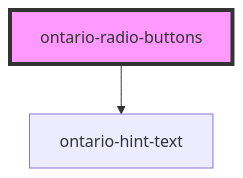
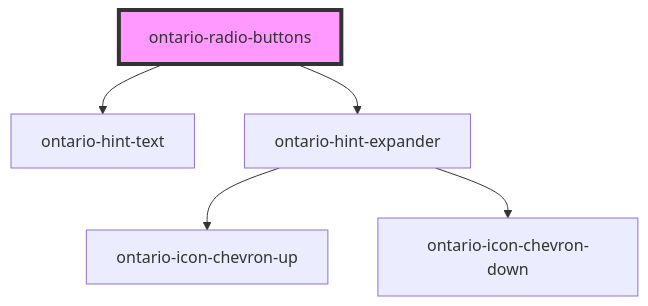
Before and after one commit to ongov/ontario-design-system: the diagram in packages/ontario-design-system-component-library/src/components/ontario-radio-buttons/readme.md, drawn with Mermaid. The commit also changed other lines of this file and 19 other files, not shown here.

````diff
--- a/packages/ontario-design-system-component-library/src/components/ontario-radio-buttons/readme.md
+++ b/packages/ontario-design-system-component-library/src/components/ontario-radio-buttons/readme.md
@@ -63,5 +61,8 @@
 ```mermaid
 graph TD;
   ontario-radio-buttons --> ontario-hint-text
+  ontario-radio-buttons --> ontario-hint-expander
+  ontario-hint-expander --> ontario-icon-chevron-up
+  ontario-hint-expander --> ontario-icon-chevron-down
   style ontario-radio-buttons fill:#f9f,stroke:#333,stroke-width:4px
 ```
````
